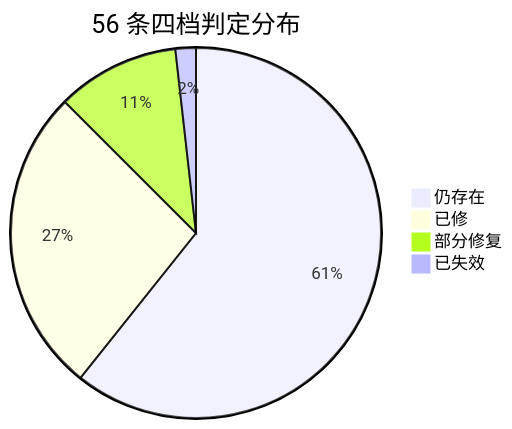
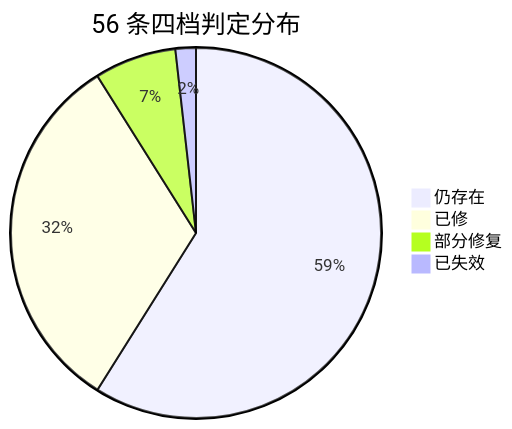
Before and after one commit to sky-mirrors/SKY: the diagram in docs/2026.9.26最新快照.md, drawn with Mermaid. The commit also changed other lines of this file, not shown here.

````diff
--- a/docs/2026.9.26最新快照.md
+++ b/docs/2026.9.26最新快照.md
@@ -27,7 +39,7 @@
 ```mermaid
 pie title 56 条四档判定分布
-  "仍存在" : 34
-  "已修" : 15
-  "部分修复" : 6
+  "仍存在" : 33
+  "已修" : 18
+  "部分修复" : 4
   "已失效" : 1
 ```
````
